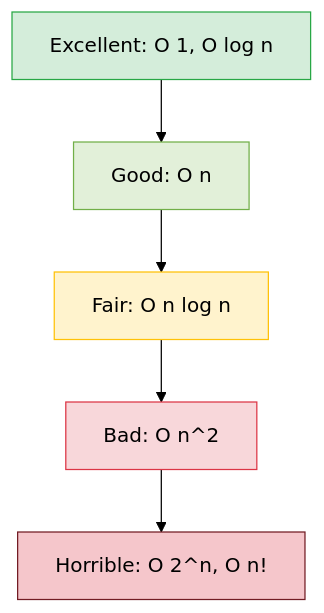
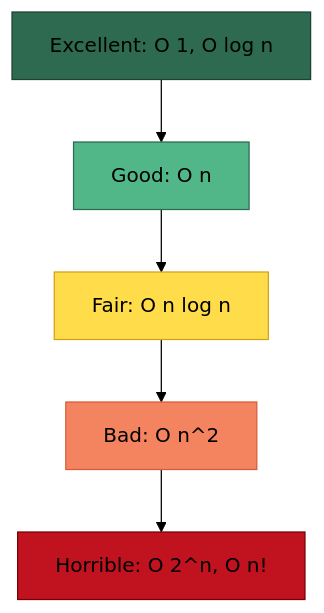
The seventh of 7 diagrams in data-structures-algorithms/README.md (MarkoLuna/SoftwareArchitecture), drawn with Mermaid (forest theme) before and after one commit.

Commit message:
docs: improve Big O Performance Zones diagram with higher-contrast color palette

````diff
--- a/data-structures-algorithms/README.md
+++ b/data-structures-algorithms/README.md
@@ -1232,13 +1232,13 @@
 ```mermaid
 graph TD
     Excellent[Excellent: O 1, O log n] --> Good[Good: O n]
     Good --> Fair[Fair: O n log n]
     Fair --> Bad[Bad: O n^2]
     Bad --> Horrible[Horrible: O 2^n, O n!]
     
-    style Excellent fill:#d4edda,stroke:#28a745
-    style Good fill:#e2f0d9,stroke:#71af48
-    style Fair fill:#fff3cd,stroke:#ffc107
-    style Bad fill:#f8d7da,stroke:#dc3545
-    style Horrible fill:#f5c6cb,stroke:#721c24
+    style Excellent fill:#2d6a4f,stroke:#1b4332
+    style Good fill:#52b788,stroke:#2d6a4f
+    style Fair fill:#ffdd4a,stroke:#d4a017
+    style Bad fill:#f4845f,stroke:#d85c3a
+    style Horrible fill:#c1121f,stroke:#780000
 ```
````
